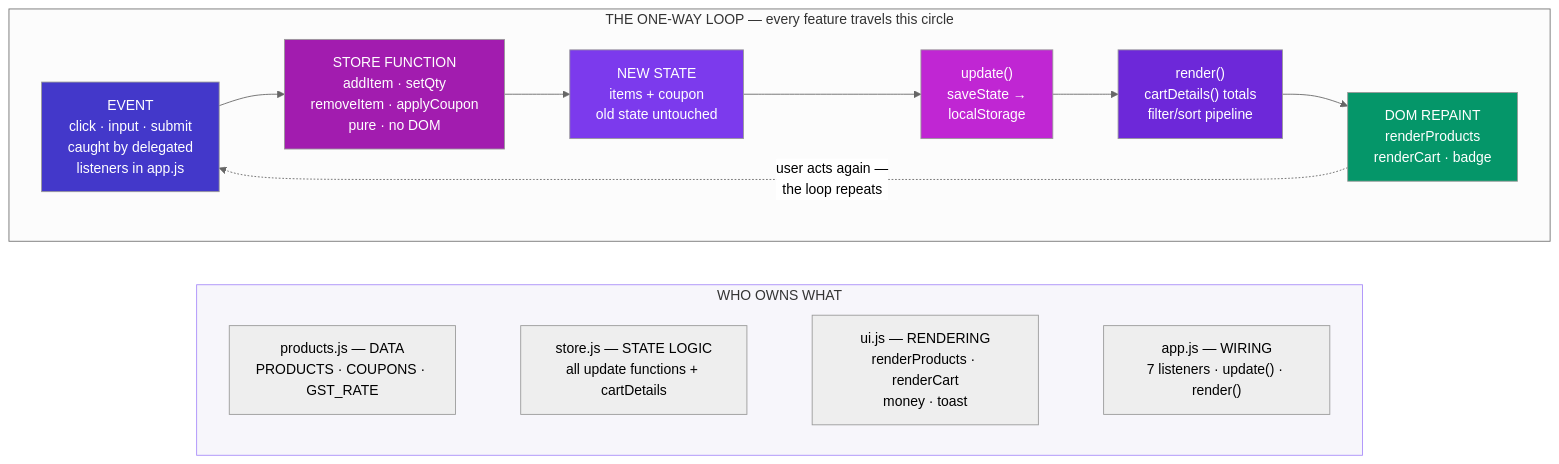
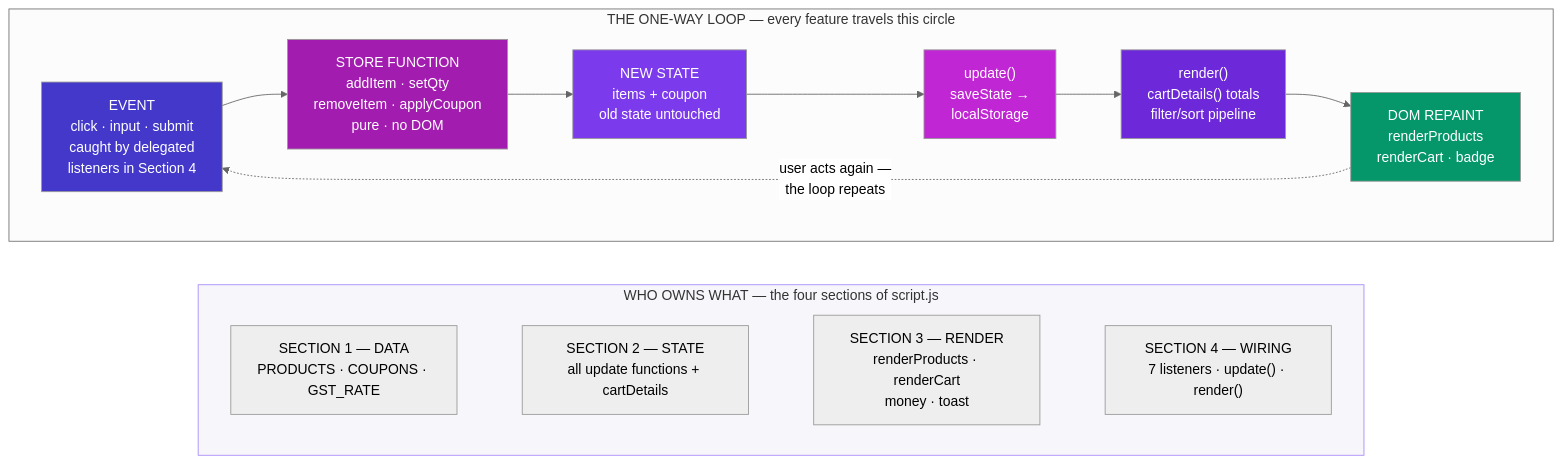
Before and after one commit to nikhilvanama/Learning_Plan: the first of 6 diagrams in Projects/Vanila jS/shopping-cart/EXPLANATION.md, drawn with Mermaid (neutral theme). The commit also changed other lines of this file and 21 other files, not shown here.

````diff
--- a/Projects/Vanila jS/shopping-cart/EXPLANATION.md
+++ b/Projects/Vanila jS/shopping-cart/EXPLANATION.md
@@ -24,31 +24,31 @@
 ```mermaid
 graph TB
     subgraph LOOP["THE ONE-WAY LOOP — every feature travels this circle"]
         direction LR
-        EV["EVENT<br/>click · input · submit<br/>caught by delegated<br/>listeners in app.js"] --> ST["STORE FUNCTION<br/>addItem · setQty<br/>removeItem · applyCoupon<br/>pure · no DOM"]
+        EV["EVENT<br/>click · input · submit<br/>caught by delegated<br/>listeners in Section 4"] --> ST["STORE FUNCTION<br/>addItem · setQty<br/>removeItem · applyCoupon<br/>pure · no DOM"]
         ST --> NS["NEW STATE<br/>items + coupon<br/>old state untouched"]
         NS --> UP["update()<br/>saveState →<br/>localStorage"]
         UP --> RE["render()<br/>cartDetails() totals<br/>filter/sort pipeline"]
         RE --> DOM["DOM REPAINT<br/>renderProducts<br/>renderCart · badge"]
     end
 
-    subgraph FILES["WHO OWNS WHAT"]
+    subgraph FILES["WHO OWNS WHAT — the four sections of script.js"]
         direction LR
-        F1["products.js — DATA<br/>PRODUCTS · COUPONS · GST_RATE"]
-        F2["store.js — STATE LOGIC<br/>all update functions + cartDetails"]
-        F3["ui.js — RENDERING<br/>renderProducts · renderCart<br/>money · toast"]
-        F4["app.js — WIRING<br/>7 listeners · update() · render()"]
+        F1["SECTION 1 — DATA<br/>PRODUCTS · COUPONS · GST_RATE"]
+        F2["SECTION 2 — STATE<br/>all update functions + cartDetails"]
+        F3["SECTION 3 — RENDER<br/>renderProducts · renderCart<br/>money · toast"]
+        F4["SECTION 4 — WIRING<br/>7 listeners · update() · render()"]
         F1 ~~~ F2 ~~~ F3 ~~~ F4
     end
 
     DOM -.->|"user acts again —<br/>the loop repeats"| EV
     LOOP ~~~ FILES
 
     style EV fill:#4338ca,color:#fff
     style ST fill:#a21caf,color:#fff
     style NS fill:#7c3aed,color:#fff
     style UP fill:#c026d3,color:#fff
     style RE fill:#6d28d9,color:#fff
     style DOM fill:#059669,color:#fff
     style FILES fill:#f7f6fb,stroke:#a78bfa
 ```
````
